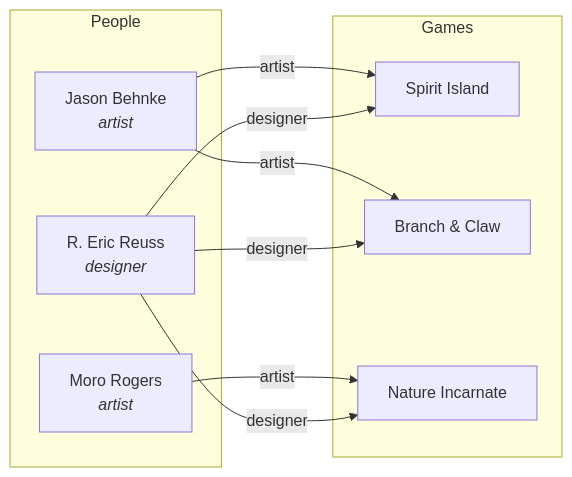
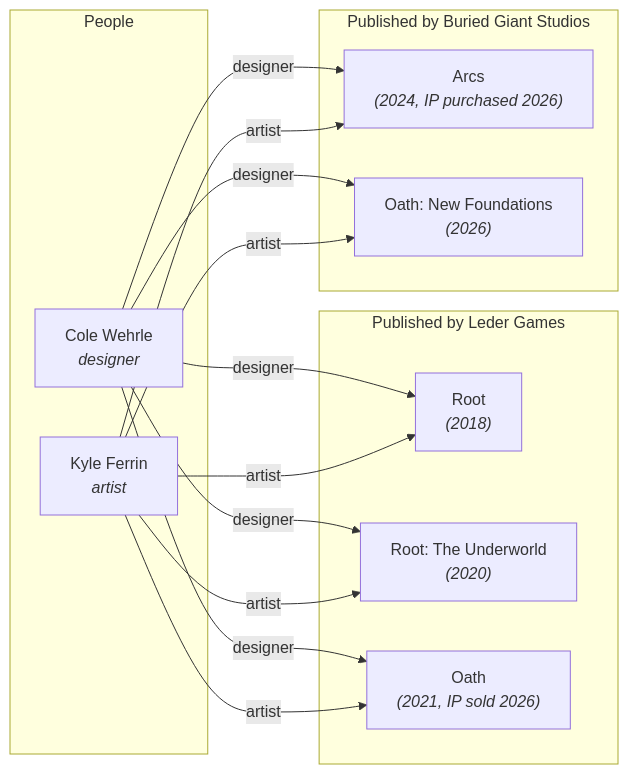
The diagram in docs/src/pillars/data-model/people.md (tabletop-commons/OpenTabletop), drawn with Mermaid before and after one commit. The commit also changed other lines of this file and 100 other files, not shown here.

````diff
--- a/docs/src/pillars/data-model/people.md
+++ b/docs/src/pillars/data-model/people.md
@@ -46,21 +46,29 @@
 ```mermaid
 flowchart LR
-    subgraph Games
-        SI["Spirit Island"]
-        BC["Branch & Claw"]
-        NI["Nature Incarnate"]
+    subgraph "Published by Leder Games"
+        RT["Root<br/><i>(2018)</i>"]
+        UW["Root: The Underworld<br/><i>(2020)</i>"]
+        OT["Oath<br/><i>(2021, IP sold 2026)</i>"]
+    end
+
+    subgraph "Published by Buried Giant Studios"
+        AR["Arcs<br/><i>(2024, IP purchased 2026)</i>"]
+        ONF["Oath: New Foundations<br/><i>(2026)</i>"]
     end
 
     subgraph People
-        RER["R. Eric Reuss<br/><i>designer</i>"]
-        JB["Jason Behnke<br/><i>artist</i>"]
-        MR["Moro Rogers<br/><i>artist</i>"]
+        CW["Cole Wehrle<br/><i>designer</i>"]
+        KF["Kyle Ferrin<br/><i>artist</i>"]
     end
 
-    RER -->|designer| SI
-    RER -->|designer| BC
-    RER -->|designer| NI
-    JB -->|artist| SI
-    JB -->|artist| BC
-    MR -->|artist| NI
+    CW -->|designer| RT
+    CW -->|designer| UW
+    CW -->|designer| OT
+    CW -->|designer| AR
+    CW -->|designer| ONF
+    KF -->|artist| RT
+    KF -->|artist| UW
+    KF -->|artist| OT
+    KF -->|artist| AR
+    KF -->|artist| ONF
 ```
````
